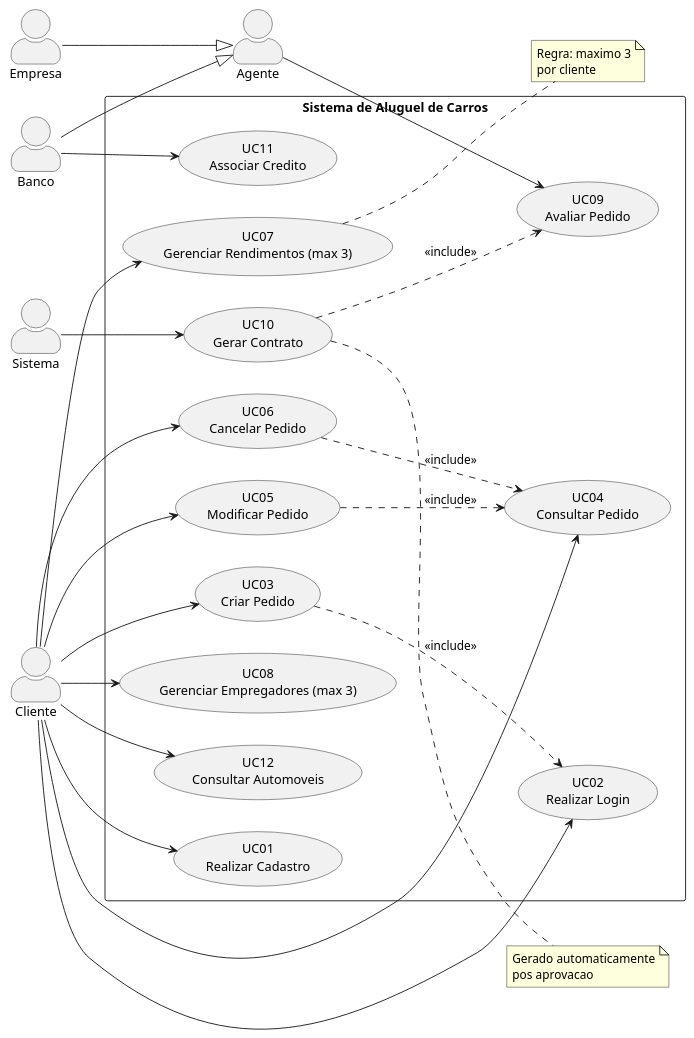
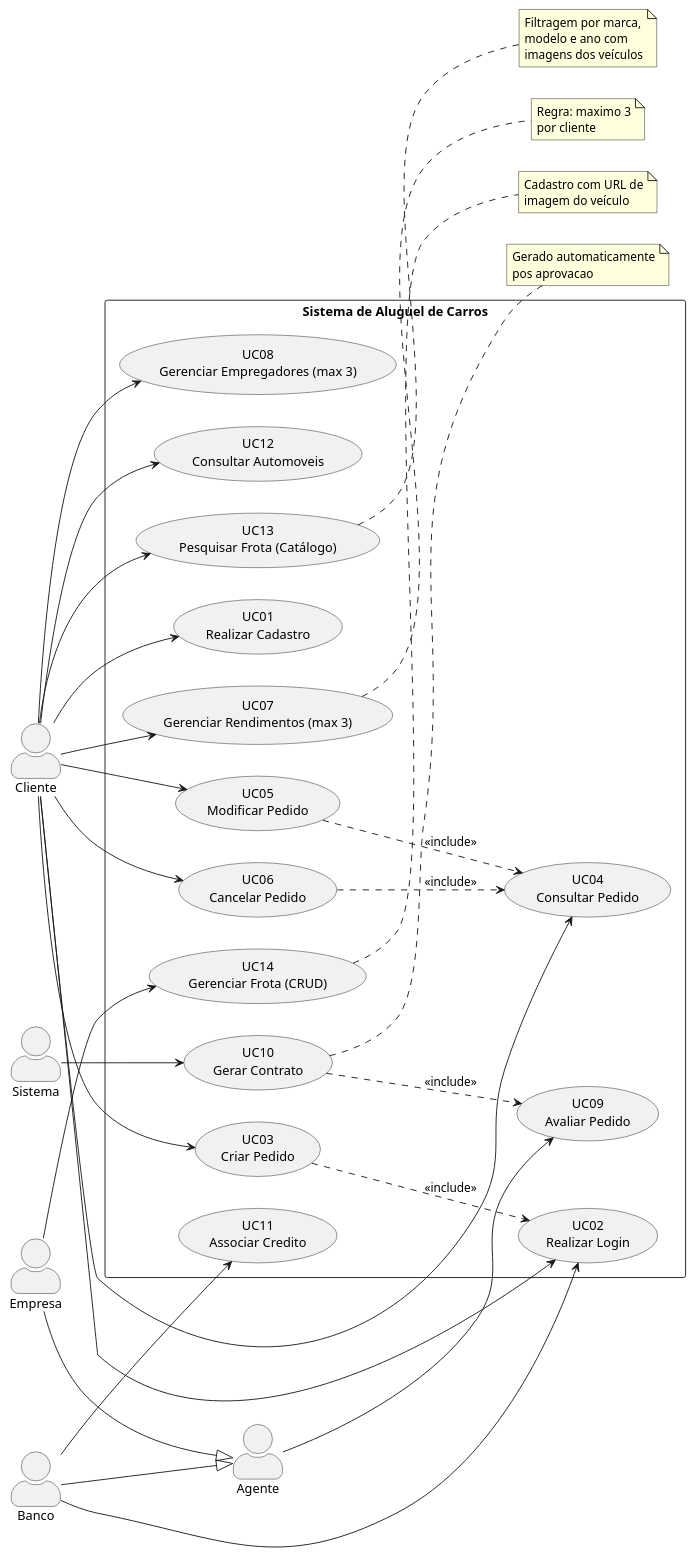
Before and after one commit to arthurcbretas/Sistema_de_Aluguel_de_Carros: the diagram in docs/uml/casos-de-uso.puml, drawn with PlantUML. The commit also changed 32 other files, not shown here.

```diff
--- a/docs/uml/casos-de-uso.puml
+++ b/docs/uml/casos-de-uso.puml
@@ -1,52 +1,59 @@
 @startuml CasosDeUso
 left to right direction
 skinparam actorStyle awesome
 
 actor Cliente
 actor Agente
 actor Empresa
 actor Banco
 actor Sistema
 
 Empresa --|> Agente
 Banco   --|> Agente
 
 rectangle "Sistema de Aluguel de Carros" {
 
   usecase "UC01\nRealizar Cadastro"             as UC01
   usecase "UC02\nRealizar Login"                as UC02
   usecase "UC03\nCriar Pedido"                  as UC03
   usecase "UC04\nConsultar Pedido"              as UC04
   usecase "UC05\nModificar Pedido"              as UC05
   usecase "UC06\nCancelar Pedido"               as UC06
   usecase "UC07\nGerenciar Rendimentos (max 3)" as UC07
   usecase "UC08\nGerenciar Empregadores (max 3)" as UC08
   usecase "UC09\nAvaliar Pedido"                as UC09
   usecase "UC10\nGerar Contrato"                as UC10
   usecase "UC11\nAssociar Credito"              as UC11
   usecase "UC12\nConsultar Automoveis"          as UC12
+  usecase "UC13\nPesquisar Frota (Catálogo)"   as UC13
+  usecase "UC14\nGerenciar Frota (CRUD)"       as UC14
 }
 
 Cliente --> UC01
 Cliente --> UC02
 Cliente --> UC03
 Cliente --> UC04
 Cliente --> UC05
 Cliente --> UC06
 Cliente --> UC07
 Cliente --> UC08
 Cliente --> UC12
+Cliente --> UC13
 
 Agente  --> UC09
+Empresa --> UC14
 Banco   --> UC11
+Banco   --> UC02
 Sistema --> UC10
 
 UC03 ..> UC02 : <<include>>
 UC05 ..> UC04 : <<include>>
 UC06 ..> UC04 : <<include>>
 UC10 ..> UC09 : <<include>>
 
 note right of UC10 : Gerado automaticamente\npos aprovacao
 note right of UC07 : Regra: maximo 3\npor cliente
+note right of UC13 : Filtragem por marca,\nmodelo e ano com\nimagens dos veículos
+note right of UC14 : Cadastro com URL de\nimagem do veículo
 
 @enduml
```
